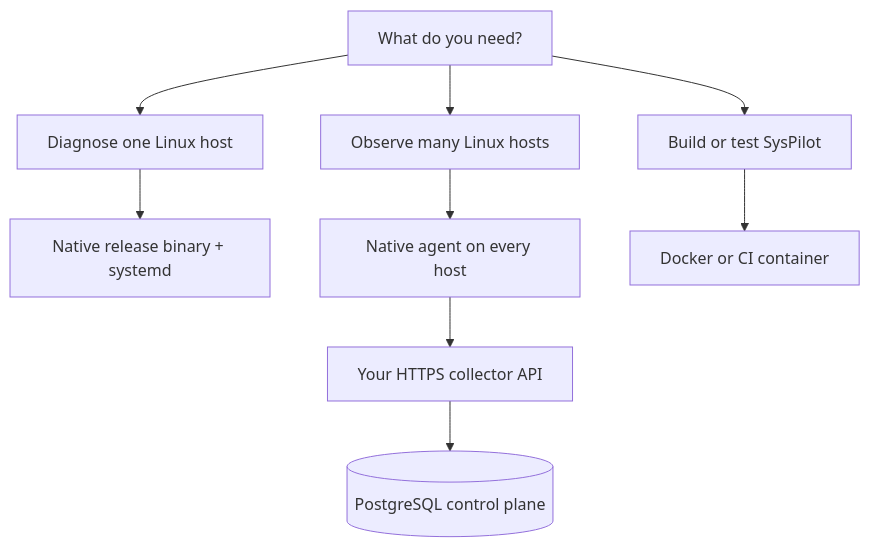
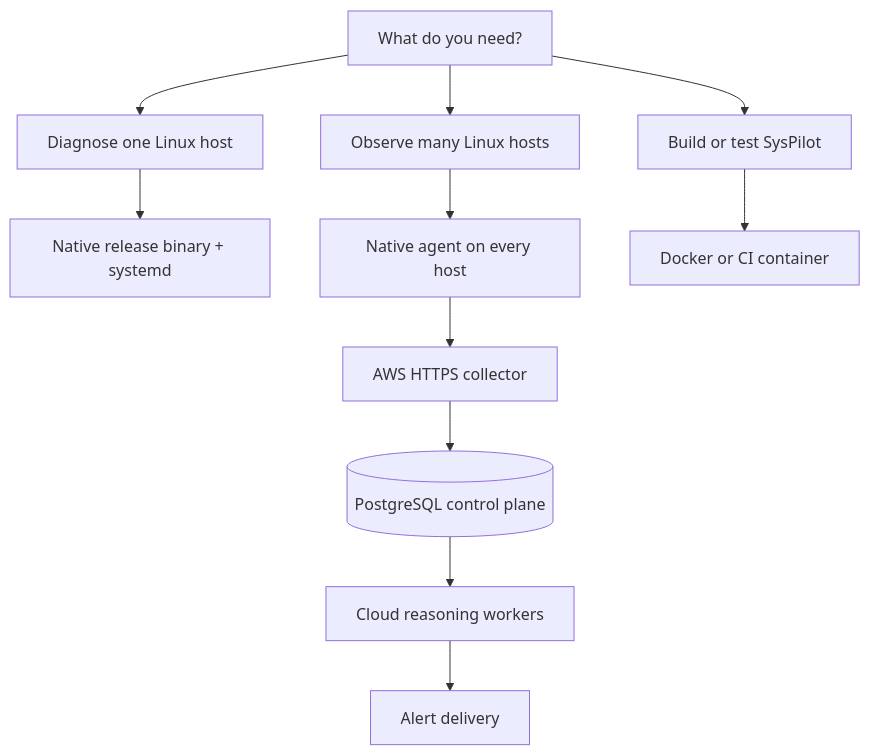
The first of 5 diagrams in ARCHITECTURE.md (slumio/SystemPilot), drawn with Mermaid before and after one commit. The commit also changed other lines of this file and 29 other files, not shown here.

````diff
--- a/ARCHITECTURE.md
+++ b/ARCHITECTURE.md
@@ -7,11 +7,13 @@
 ```mermaid
 flowchart TD
     Start[What do you need?] --> Host[Diagnose one Linux host]
     Start --> Fleet[Observe many Linux hosts]
     Start --> Dev[Build or test SysPilot]
     Host --> Native[Native release binary + systemd]
     Fleet --> Agent[Native agent on every host]
-    Agent --> API[Your HTTPS collector API]
+    Agent --> API[AWS HTTPS collector]
     API --> DB[(PostgreSQL control plane)]
+    DB --> Reasoning[Cloud reasoning workers]
+    Reasoning --> Alerts[Alert delivery]
     Dev --> Container[Docker or CI container]
 ```
````
